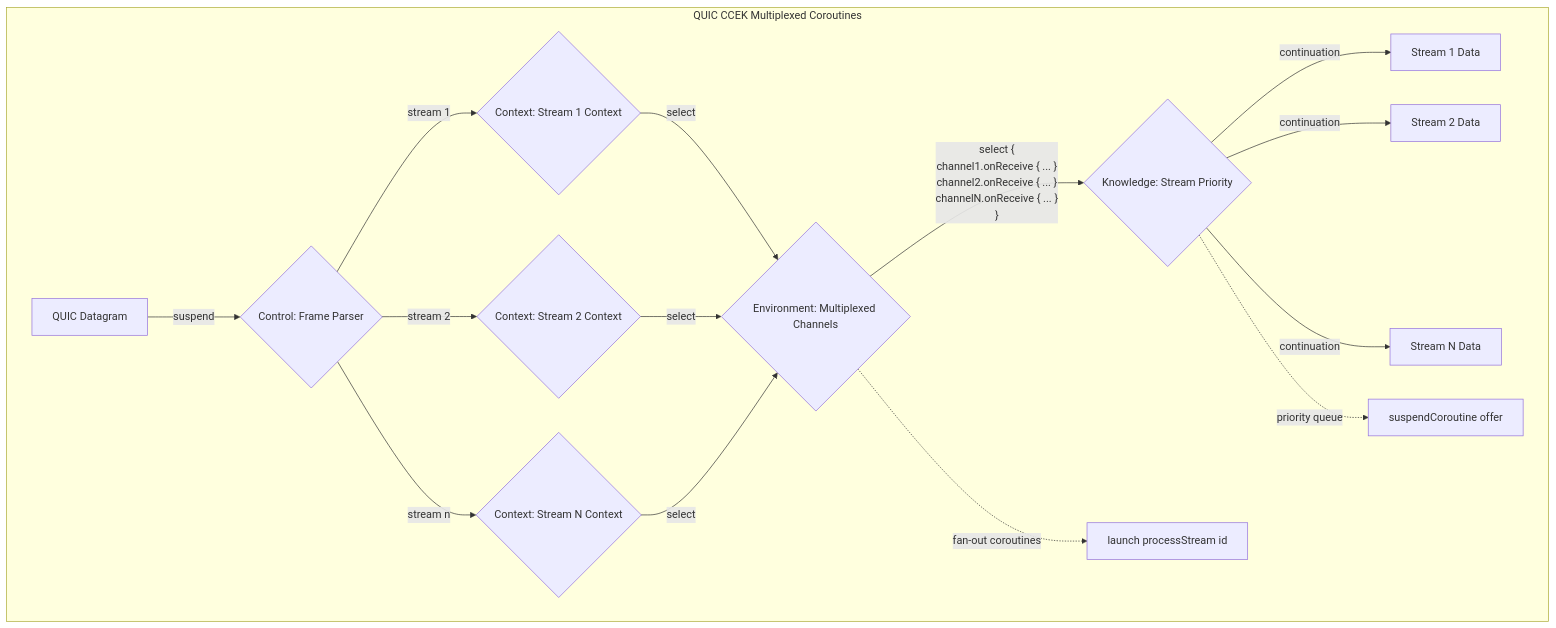
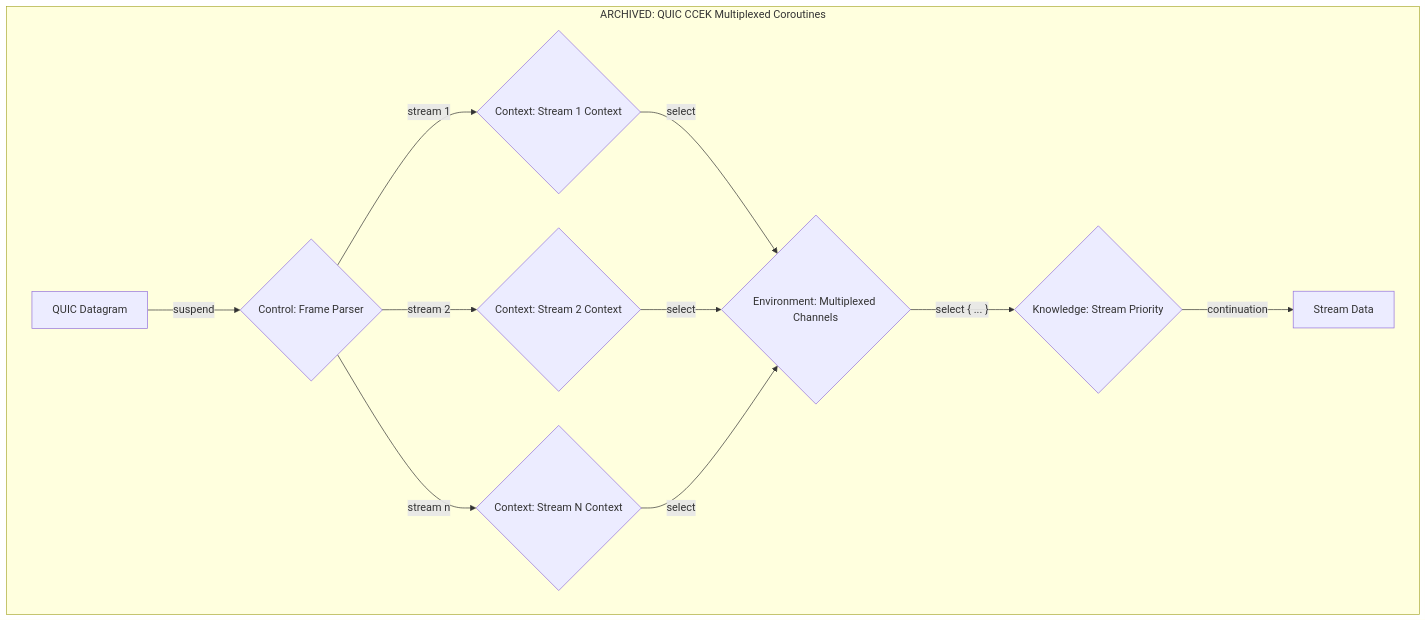
The third of 3 diagrams in CHANNEL_CCEK_TODO.md (jnorthrup/superbikeshed), drawn with Mermaid before and after one commit. The commit also changed other lines of this file and 56 other files, not shown here.

````diff
--- a/CHANNEL_CCEK_TODO.md
+++ b/CHANNEL_CCEK_TODO.md
@@ -66,27 +41,14 @@
 ```mermaid
 flowchart TD 
-    subgraph "QUIC CCEK Multiplexed Coroutines"
-        A[QUIC Datagram] -->|suspend| B{Control: Frame Parser}
-        
-        B -->|stream 1| C1{Context: Stream 1 Context}
-        B -->|stream 2| C2{Context: Stream 2 Context}
-        B -->|stream n| CN{Context: Stream N Context}
-        
-        C1 -->|select| D{Environment: Multiplexed Channels}
-        C2 -->|select| D
-        CN -->|select| D
-        
-        D -->|"select {
-            channel1.onReceive { ... }
-            channel2.onReceive { ... }
-            channelN.onReceive { ... }
-        }"| E{Knowledge: Stream Priority}
-        
-        E -->|continuation| F1[Stream 1 Data]
-        E -->|continuation| F2[Stream 2 Data]
-        E -->|continuation| FN[Stream N Data]
-        
-        D -.->|"fan-out coroutines"| FO[launch processStream id]
-        E -.->|"priority queue"| PQ[suspendCoroutine offer]
-    end
+ subgraph "ARCHIVED: QUIC CCEK Multiplexed Coroutines"
+ A[QUIC Datagram] -->|suspend| B{Control: Frame Parser}
+ 
+ B -->|stream 1| C1{Context: Stream 1 Context}
+ B -->|stream 2| C2{Context: Stream 2 Context}
+ B -->|stream n| CN{Context: Stream N Context}
+ 
+ C1 & C2 & CN -->|select| D{Environment: Multiplexed Channels}
+ D -->|"select { ... }"| E{Knowledge: Stream Priority}
+ E -->|continuation| F[Stream Data]
+ end
 ```
````
